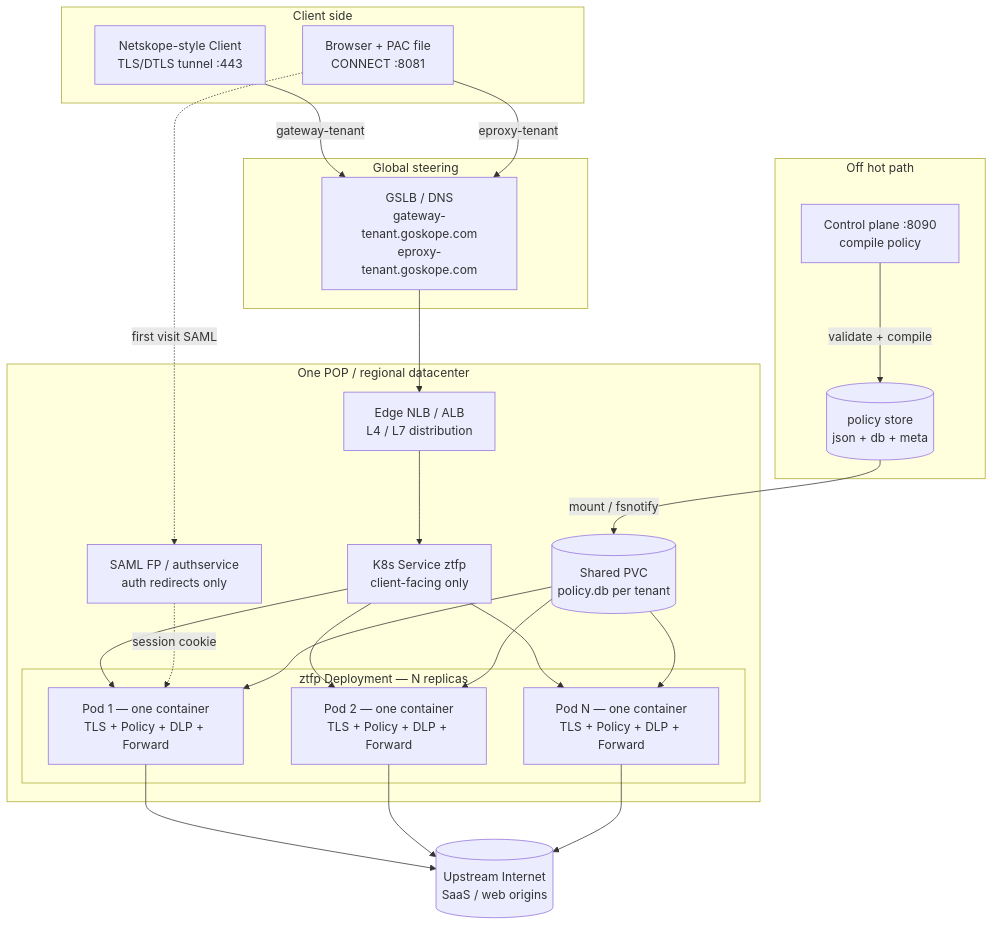
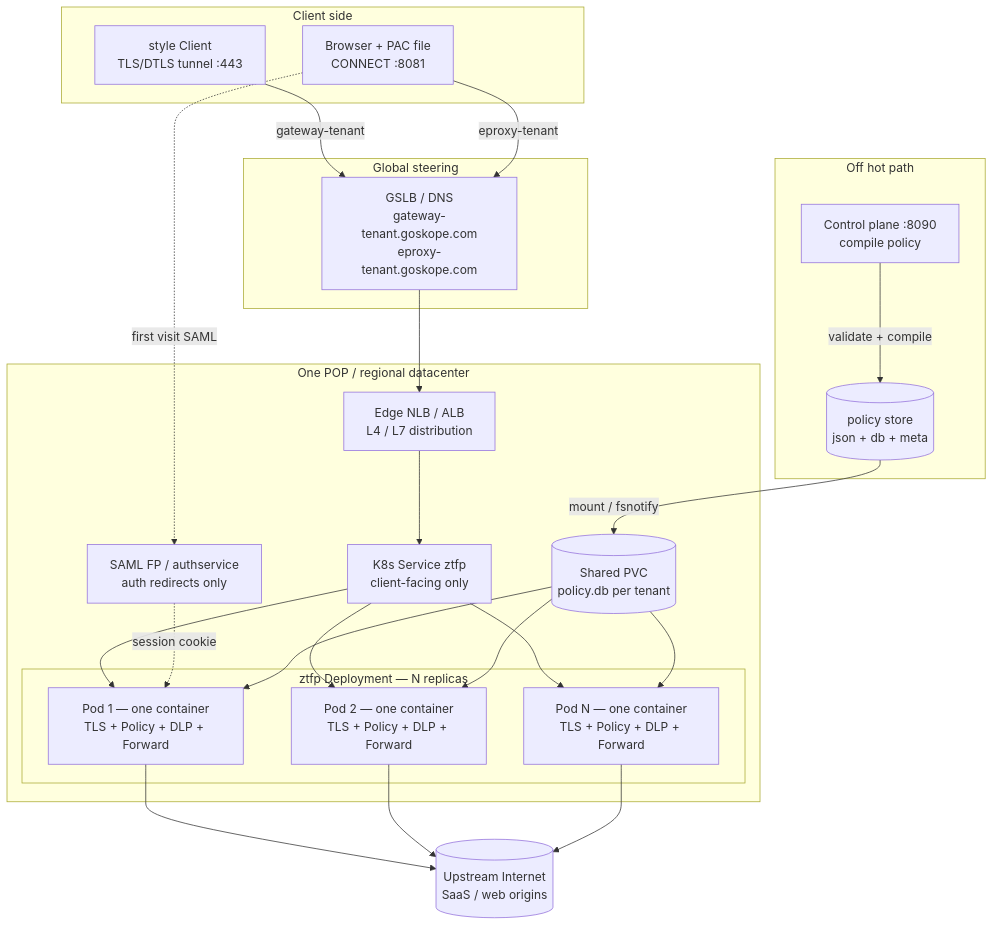
The first of 4 diagrams in Documentation/architecture.md (code-with-amitk/ZeroTrustForwardProxy), drawn with Mermaid before and after one commit. The commit also changed other lines of this file and 7 other files, not shown here.

````diff
--- a/Documentation/architecture.md
+++ b/Documentation/architecture.md
@@ -28,52 +28,52 @@
 ```mermaid
 flowchart TB
     subgraph ClientSide [Client side]
-        NC[Netskope-style Client<br/>TLS/DTLS tunnel :443]
+        NC[style Client<br/>TLS/DTLS tunnel :443]
         BR[Browser + PAC file<br/>CONNECT :8081]
     end
 
     subgraph Global [Global steering]
         GSLB[GSLB / DNS<br/>gateway-tenant.goskope.com<br/>eproxy-tenant.goskope.com]
     end
 
     subgraph POP [One POP / regional datacenter]
         Edge[Edge NLB / ALB<br/>L4 / L7 distribution]
         K8sSvc[K8s Service ztfp<br/>client-facing only]
         Auth[SAML FP / authservice<br/>auth redirects only]
 
         subgraph ZtfpDeploy [ztfp Deployment — N replicas]
             P1["Pod 1 — one container<br/>TLS + Policy + DLP + Forward"]
             P2["Pod 2 — one container<br/>TLS + Policy + DLP + Forward"]
             PN["Pod N — one container<br/>TLS + Policy + DLP + Forward"]
         end
 
         PVC[(Shared PVC<br/>policy.db per tenant)]
     end
 
     subgraph OffHotPath [Off hot path]
         MP[Control plane :8090<br/>compile policy]
         CPStore[(policy store<br/>json + db + meta)]
     end
 
     Internet[(Upstream Internet<br/>SaaS / web origins)]
 
     NC -->|gateway-tenant| GSLB
     BR -->|eproxy-tenant| GSLB
     GSLB --> Edge
     Edge --> K8sSvc
     K8sSvc --> P1
     K8sSvc --> P2
     K8sSvc --> PN
     BR -.->|first visit SAML| Auth
     Auth -.->|session cookie| P1
 
     MP -->|validate + compile| CPStore
     CPStore -->|mount / fsnotify| PVC
     PVC --> P1
     PVC --> P2
     PVC --> PN
 
     P1 --> Internet
     P2 --> Internet
     PN --> Internet
 ```
````
